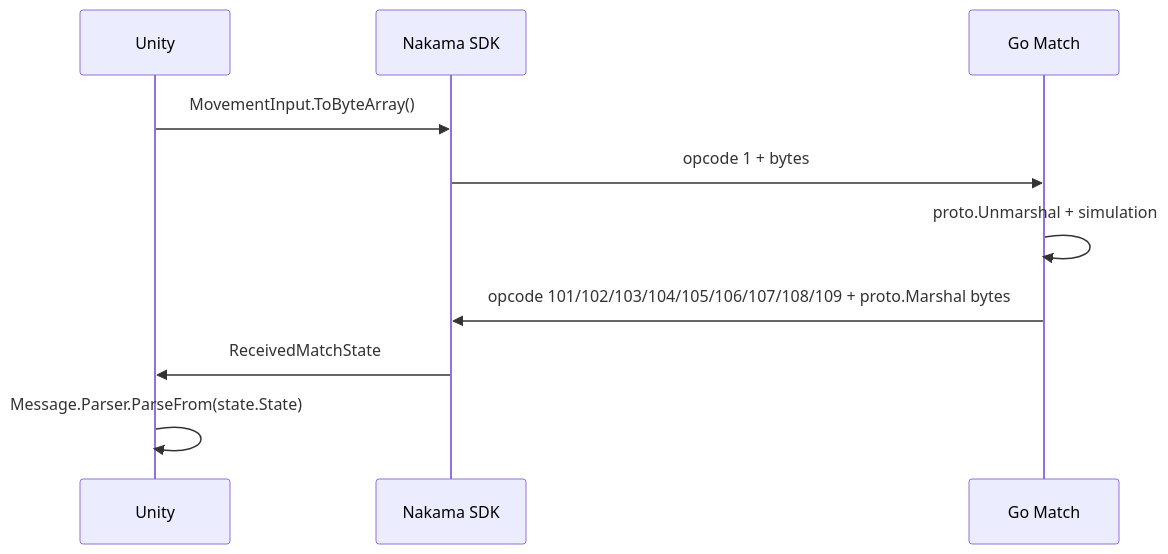
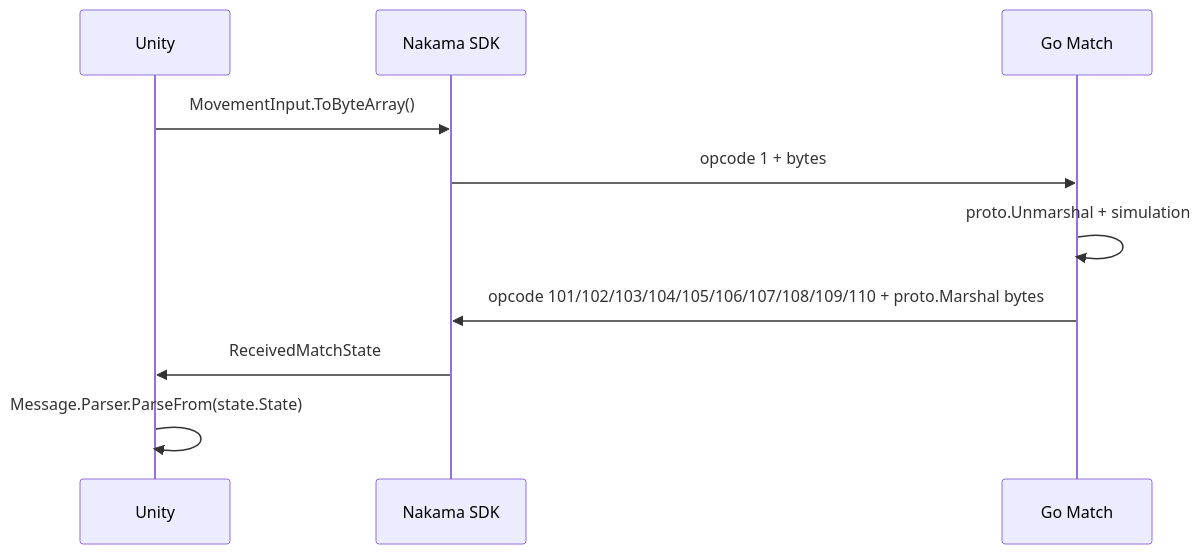
The diagram in docs/realtime-protocol.md (Zeal-Games-Studio-Development/squad-survival-server), drawn with Mermaid before and after one commit. The commit also changed other lines of this file and 29 other files, not shown here.

````diff
--- a/docs/realtime-protocol.md
+++ b/docs/realtime-protocol.md
@@ -43,12 +47,12 @@
 ```mermaid
 sequenceDiagram
     participant Unity
     participant NakamaSDK as Nakama SDK
     participant Match as Go Match
     Unity->>NakamaSDK: MovementInput.ToByteArray()
     NakamaSDK->>Match: opcode 1 + bytes
     Match->>Match: proto.Unmarshal + simulation
-    Match->>NakamaSDK: opcode 101/102/103/104/105/106/107/108/109 + proto.Marshal bytes
+    Match->>NakamaSDK: opcode 101/102/103/104/105/106/107/108/109/110 + proto.Marshal bytes
     NakamaSDK->>Unity: ReceivedMatchState
     Unity->>Unity: Message.Parser.ParseFrom(state.State)
 ```
````
